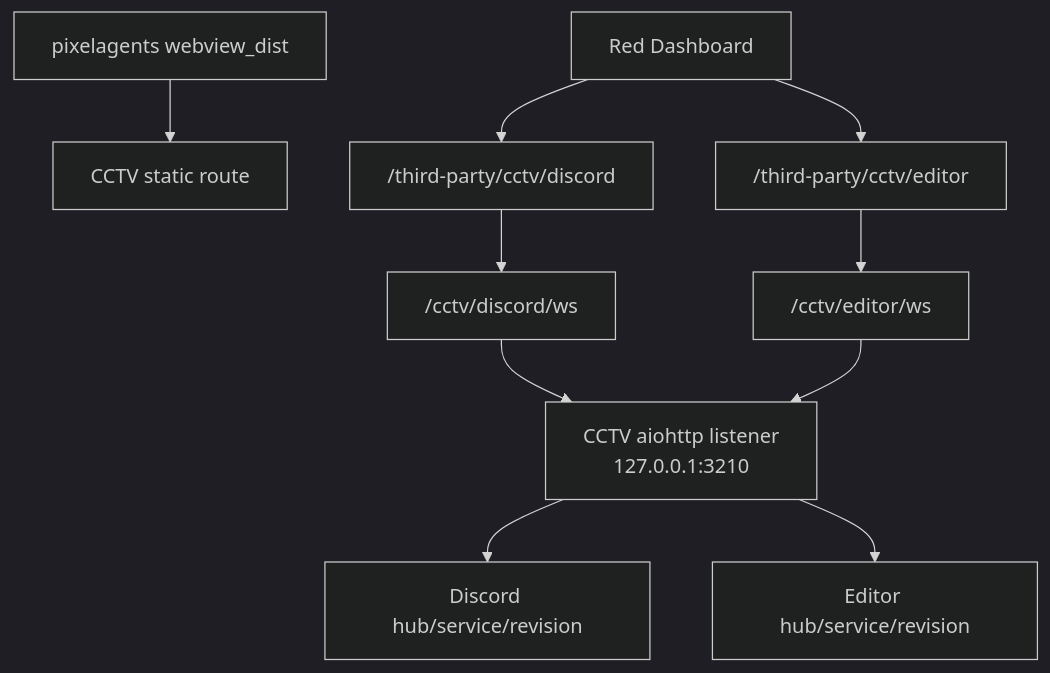
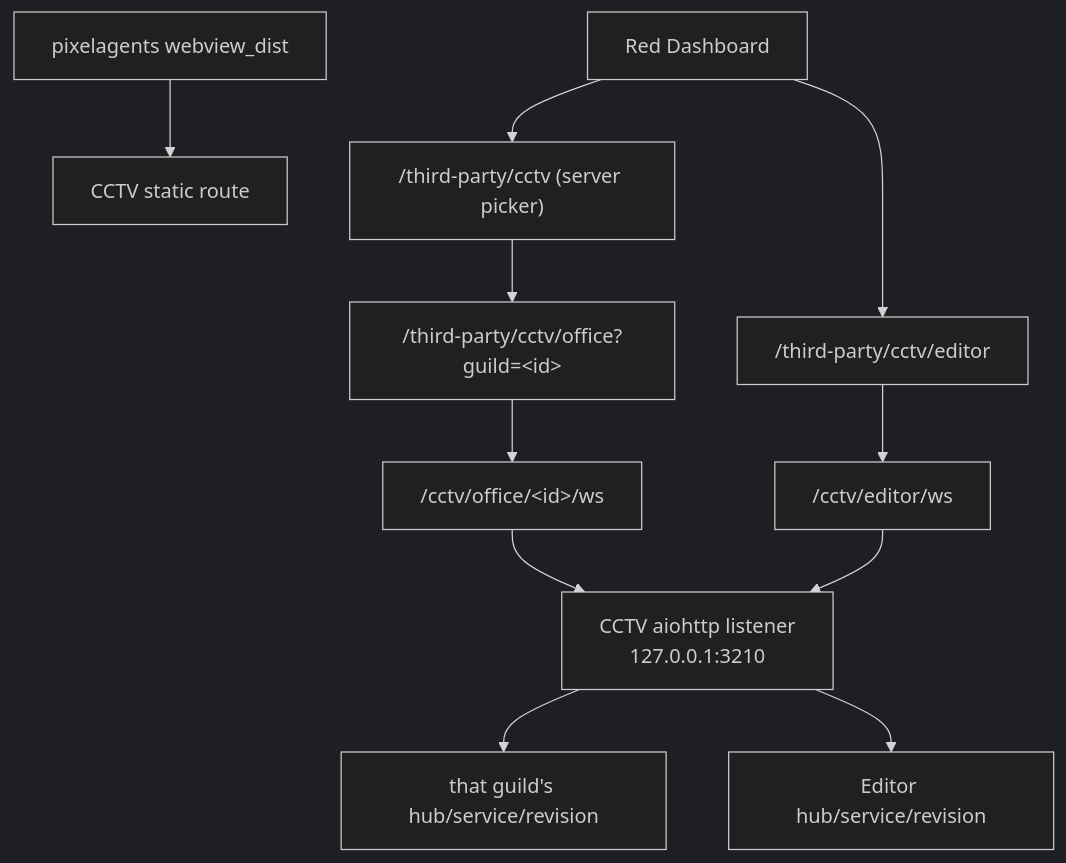
Before and after one commit to pixel-agents-hq/pixel-agents-cogs: the third of 3 diagrams in docs/architecture.md, drawn with Mermaid (dark theme). The commit also changed other lines of this file and 74 other files, not shown here.

First line of the commit message:
feat(cctv,corridor,pixelagents,floorplan): one Pixel Agents office per Discord server (#107)

````diff
--- a/docs/architecture.md
+++ b/docs/architecture.md
@@ -142,11 +147,12 @@
 ```mermaid
 flowchart TB
     Bundle["pixelagents webview_dist"] --> Assets["CCTV static route"]
-    Dashboard["Red Dashboard"] --> DiscordPage["/third-party/cctv/discord"]
+    Dashboard["Red Dashboard"] --> Picker["/third-party/cctv (server picker)"]
+    Picker --> OfficePage["/third-party/cctv/office?guild=&lt;id&gt;"]
     Dashboard --> EditorPage["/third-party/cctv/editor"]
     Listener["CCTV aiohttp listener<br/>127.0.0.1:3210"]
-    DiscordPage --> DiscordWS["/cctv/discord/ws"] --> Listener
+    OfficePage --> OfficeWS["/cctv/office/&lt;id&gt;/ws"] --> Listener
     EditorPage --> EditorWS["/cctv/editor/ws"] --> Listener
-    Listener --> DiscordPipe["Discord hub/service/revision"]
+    Listener --> OfficePipe["that guild's hub/service/revision"]
     Listener --> EditorPipe["Editor hub/service/revision"]
 ```
````
